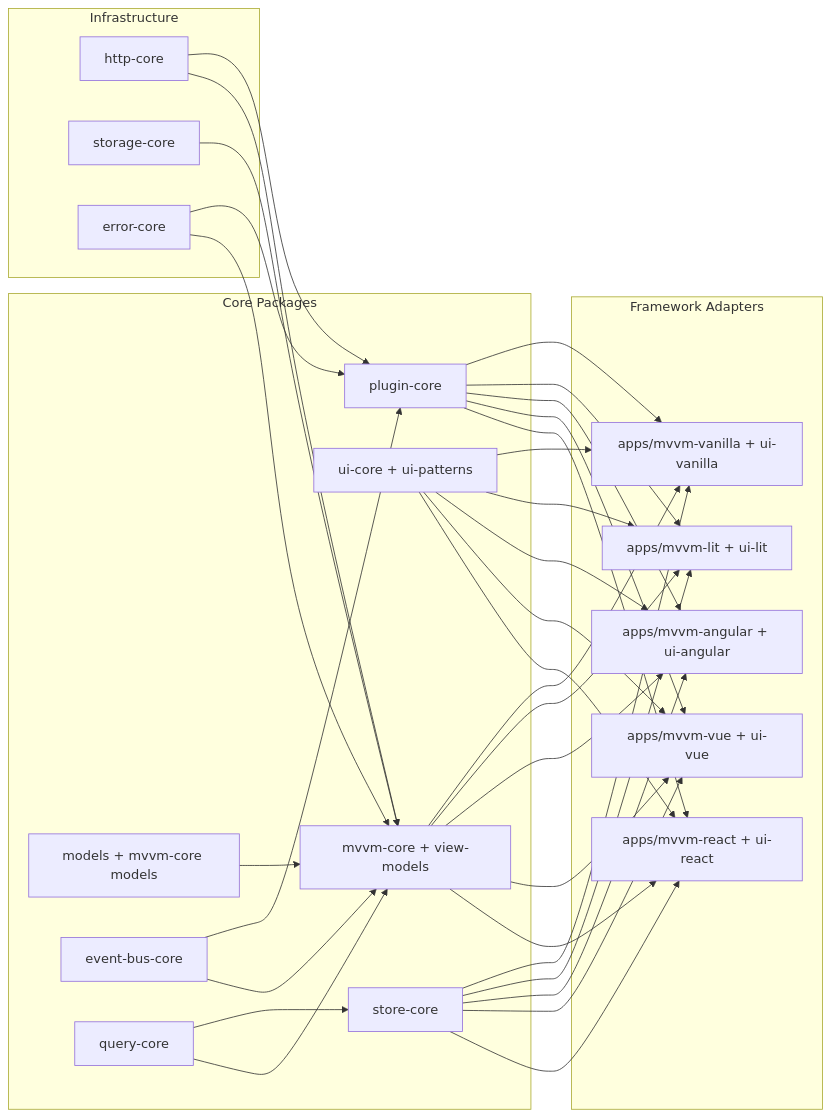
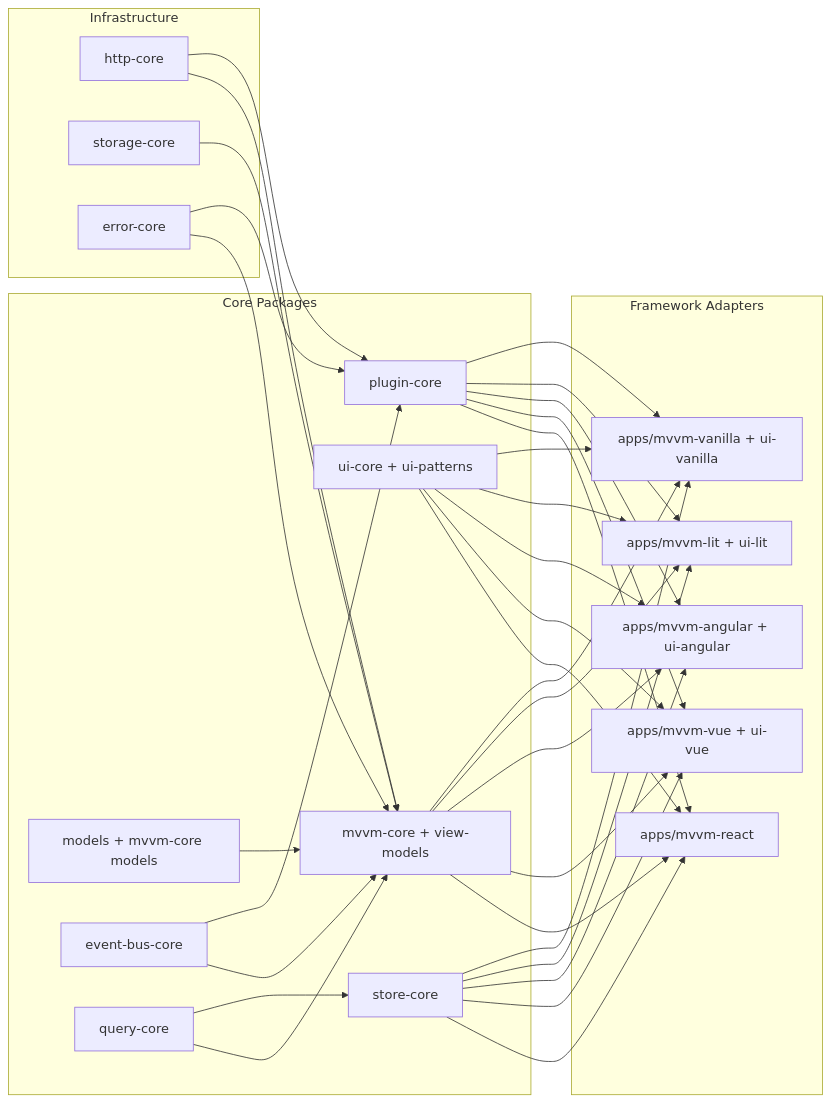
The diagram in paper/architecture-overview.md (bretuobay/web-loom), drawn with Mermaid before and after one commit. The commit also changed 21 other files, not shown here.

````diff
--- a/paper/architecture-overview.md
+++ b/paper/architecture-overview.md
@@ -3,62 +3,62 @@
 ```mermaid
 graph LR
     subgraph Core Packages
         MVVM["mvvm-core + view-models"]
         Model["models + mvvm-core models"]
         UI["ui-core + ui-patterns"]
         Event["event-bus-core"]
         Plugin["plugin-core"]
         Store["store-core"]
         Query["query-core"]
     end
 
     subgraph Framework Adapters
-        React["apps/mvvm-react + ui-react"]
+        React["apps/mvvm-react"]
         Vue["apps/mvvm-vue + ui-vue"]
         Angular["apps/mvvm-angular + ui-angular"]
         Lit["apps/mvvm-lit + ui-lit"]
         Vanilla["apps/mvvm-vanilla + ui-vanilla"]
     end
 
     MVVM --> React
     MVVM --> Vue
     MVVM --> Angular
     MVVM --> Lit
     MVVM --> Vanilla
 
     UI --> React
     UI --> Vue
     UI --> Angular
     UI --> Lit
     UI --> Vanilla
 
     Model --> MVVM
     Event --> MVVM
     Event --> Plugin
     Plugin --> React
     Plugin --> Vue
     Plugin --> Angular
     Plugin --> Lit
     Plugin --> Vanilla
 
     Store --> React
     Store --> Vue
     Store --> Angular
     Store --> Lit
     Store --> Vanilla
 
     Query --> MVVM
     Query --> Store
 
     subgraph Infrastructure
         HTTP["http-core"]
         Storage["storage-core"]
         Error["error-core"]
     end
 
     HTTP --> MVVM
     Storage --> MVVM
     Error --> MVVM
     HTTP --> Plugin
     Error --> Plugin
 ```
````
